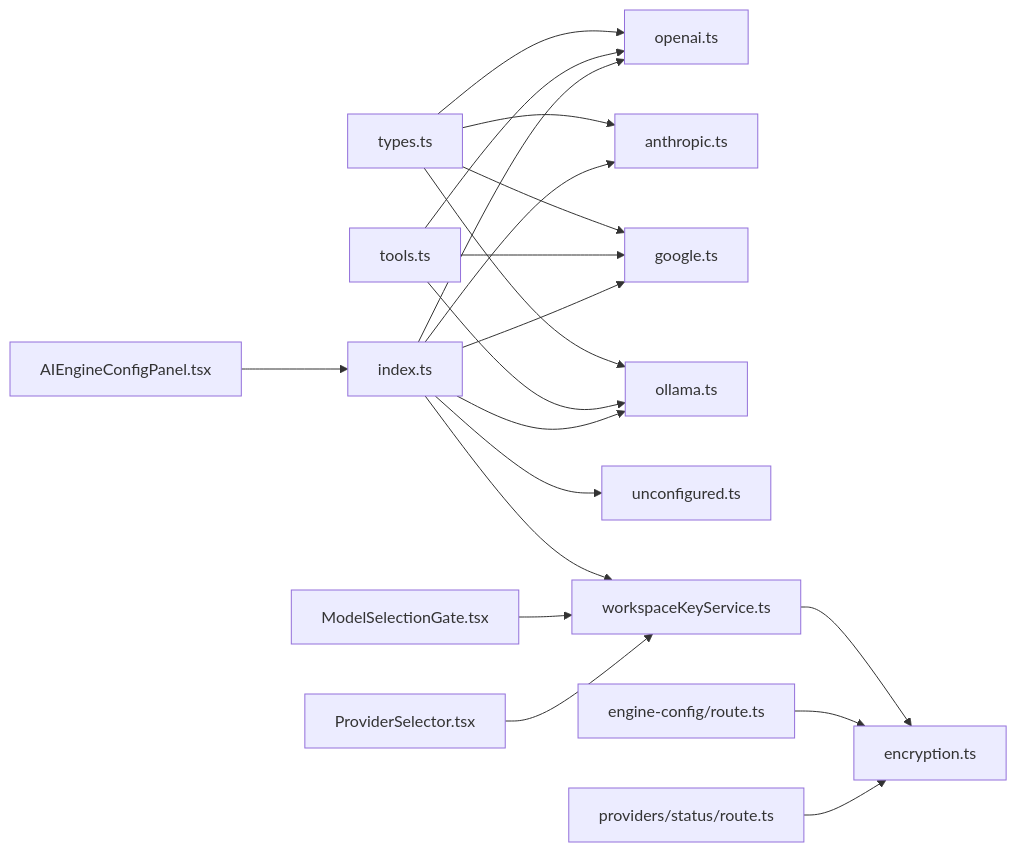
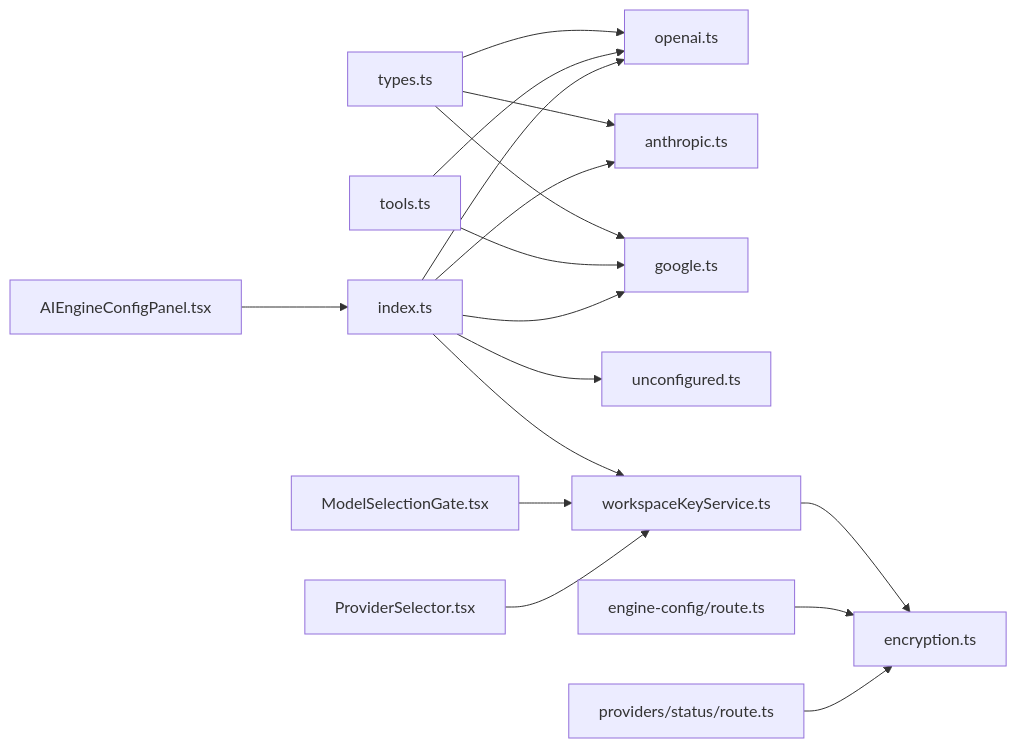
The tenth of 10 diagrams in .qoder/repowiki/en/content/AI Generation Engine/AI Provider Adapters/AI Provider Adapters.md (shekhargiri005-dotcom/AI-powered-accessibility-first-UI-engine), drawn with Mermaid before and after one commit. The commit also changed other lines of this file and 7 other files, not shown here.

````diff
--- a/.qoder/repowiki/en/content/AI Generation Engine/AI Provider Adapters/AI Provider Adapters.md
+++ b/.qoder/repowiki/en/content/AI Generation Engine/AI Provider Adapters/AI Provider Adapters.md
@@ -501,22 +477,19 @@
 ```mermaid
 graph LR
 TYPES["types.ts"] --> OA["openai.ts"]
 TYPES --> AA["anthropic.ts"]
 TYPES --> GA["google.ts"]
-TYPES --> OLA["ollama.ts"]
 TOOLS["tools.ts"] --> OA
 TOOLS --> GA
-TOOLS --> OLA
 IDX["index.ts"] --> OA
 IDX --> AA
 IDX --> GA
-IDX --> OLA
 IDX --> UNC["unconfigured.ts"]
 IDX --> WKS["workspaceKeyService.ts"]
 WKS --> ENC["encryption.ts"]
 API["engine-config/route.ts"] --> ENC
 PSTATUS["providers/status/route.ts"] --> ENC
 MSG["ModelSelectionGate.tsx"] --> WKS
 PS["ProviderSelector.tsx"] --> WKS
 CFG["AIEngineConfigPanel.tsx"] --> IDX
 ```
````
